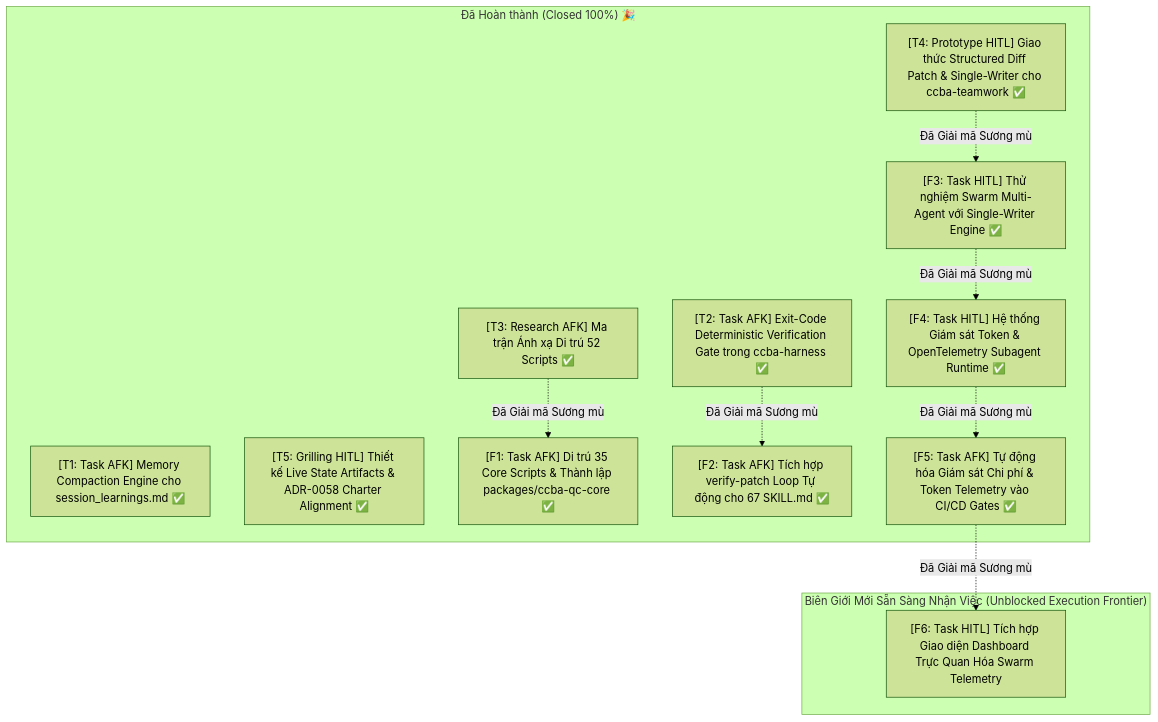
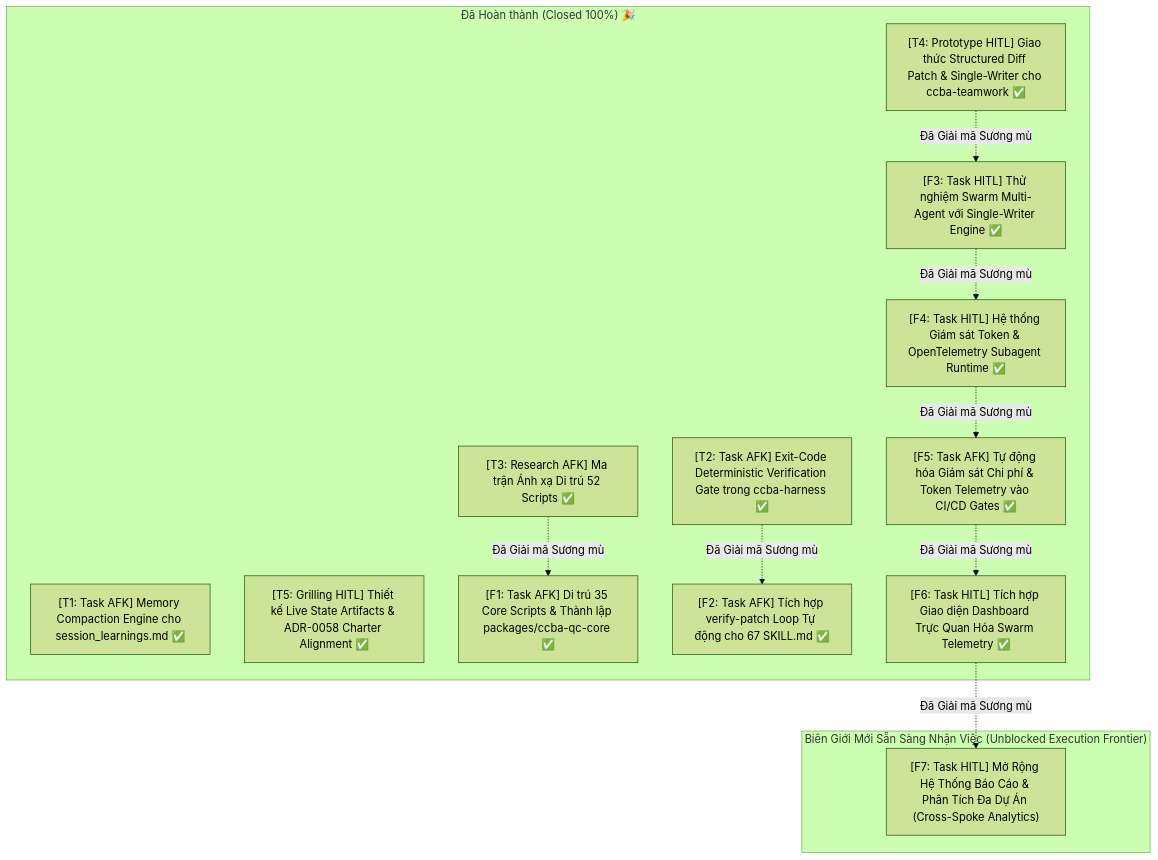
Before and after one commit to vvChu/ccba-agent-platform: the diagram in .md/wayfinder/ccba-upgrade-roadmap/map.md, drawn with Mermaid (forest theme). The commit also changed other lines of this file and 6 other files, not shown here.

Commit message:
feat(telemetry): integrate interactive html swarm telemetry dashboard and pure svg charts

````diff
--- a/.md/wayfinder/ccba-upgrade-roadmap/map.md
+++ b/.md/wayfinder/ccba-upgrade-roadmap/map.md
@@ -124,26 +124,28 @@
 ```mermaid
 flowchart TD
     subgraph Done ["Đã Hoàn thành (Closed 100%) 🎉"]
         T1["[T1: Task AFK] Memory Compaction Engine cho session_learnings.md ✅"]
         T2["[T2: Task AFK] Exit-Code Deterministic Verification Gate trong ccba-harness ✅"]
         T3["[T3: Research AFK] Ma trận Ánh xạ Di trú 52 Scripts ✅"]
         T4["[T4: Prototype HITL] Giao thức Structured Diff Patch & Single-Writer cho ccba-teamwork ✅"]
         T5["[T5: Grilling HITL] Thiết kế Live State Artifacts & ADR-0058 Charter Alignment ✅"]
         F1["[F1: Task AFK] Di trú 35 Core Scripts & Thành lập packages/ccba-qc-core ✅"]
         F2["[F2: Task AFK] Tích hợp verify-patch Loop Tự động cho 67 SKILL.md ✅"]
         F3["[F3: Task HITL] Thử nghiệm Swarm Multi-Agent với Single-Writer Engine ✅"]
         F4["[F4: Task HITL] Hệ thống Giám sát Token & OpenTelemetry Subagent Runtime ✅"]
         F5["[F5: Task AFK] Tự động hóa Giám sát Chi phí & Token Telemetry vào CI/CD Gates ✅"]
+        F6["[F6: Task HITL] Tích hợp Giao diện Dashboard Trực Quan Hóa Swarm Telemetry ✅"]
     end
 
     subgraph Frontier ["Biên Giới Mới Sẵn Sàng Nhận Việc (Unblocked Execution Frontier)"]
-        F6["[F6: Task HITL] Tích hợp Giao diện Dashboard Trực Quan Hóa Swarm Telemetry"]
+        F7["[F7: Task HITL] Mở Rộng Hệ Thống Báo Cáo & Phân Tích Đa Dự Án (Cross-Spoke Analytics)"]
     end
 
     T3 -.->|Đã Giải mã Sương mù| F1
     T2 -.->|Đã Giải mã Sương mù| F2
     T4 -.->|Đã Giải mã Sương mù| F3
     F3 -.->|Đã Giải mã Sương mù| F4
     F4 -.->|Đã Giải mã Sương mù| F5
     F5 -.->|Đã Giải mã Sương mù| F6
+    F6 -.->|Đã Giải mã Sương mù| F7
 ```
````
